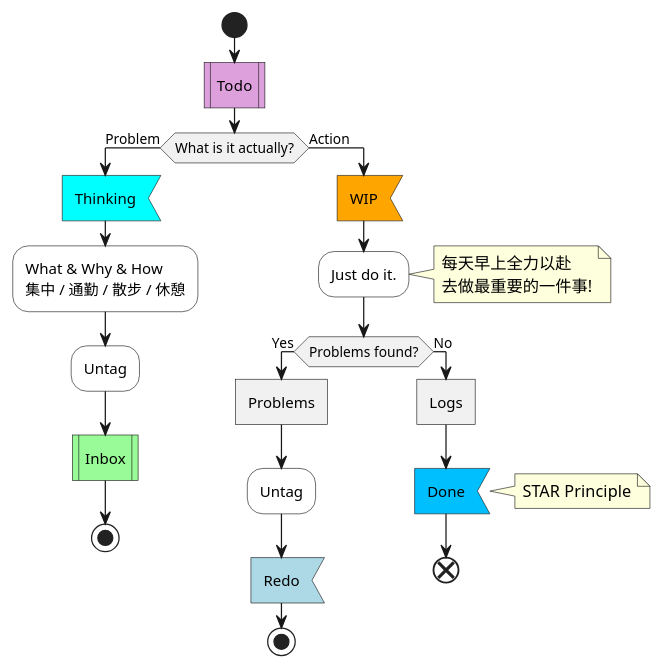
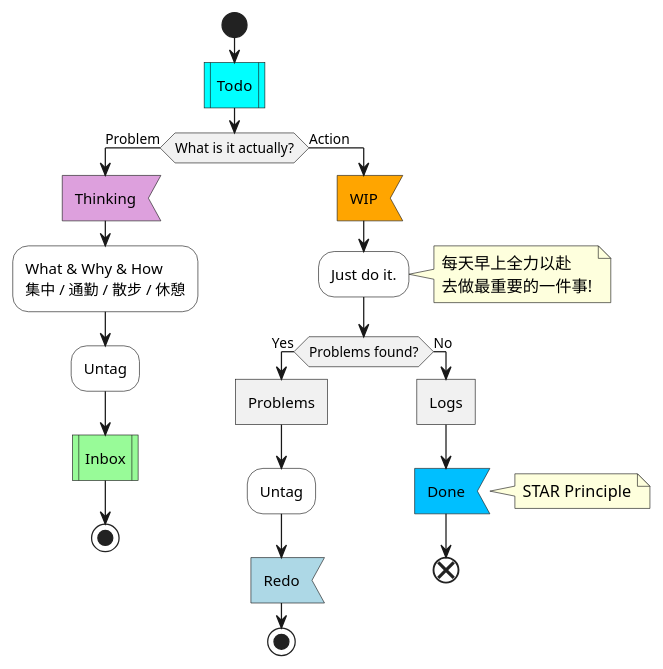
The second of 3 diagrams in snips/principles/gtd-actual.md (IceHe/icehe-lib), drawn with PlantUML before and after one commit. The commit also changed other lines of this file and 1 other file, not shown here.

````diff
--- a/snips/principles/gtd-actual.md
+++ b/snips/principles/gtd-actual.md
@@ -54,29 +53,29 @@
 ```plantuml
 @startuml
 start
-#plum:Todo|
+#aqua:Todo|
 if (What is it actually?) then (Problem)
-    #aqua:Thinking<
+    #plum:Thinking<
     #white:What & Why & How\n集中 / 通勤 / 散步 / 休憩;
     'note right : What & Why & How
     #white:Untag;
     #paleGreen:Inbox|
     stop
 else (Action)
     #orange:WIP<
     #white:Just do it.;
     note right : 每天早上全力以赴\n去做最重要的一件事!
     if (Problems found?) then (Yes)
         :Problems]
         #white:Untag;
         #lightBlue:Redo<
         stop
     else (No)
         :Logs]
         #deepSkyBlue:Done<
         note right : STAR Principle
         end
     endif
 endif
 @enduml
 ```
````
